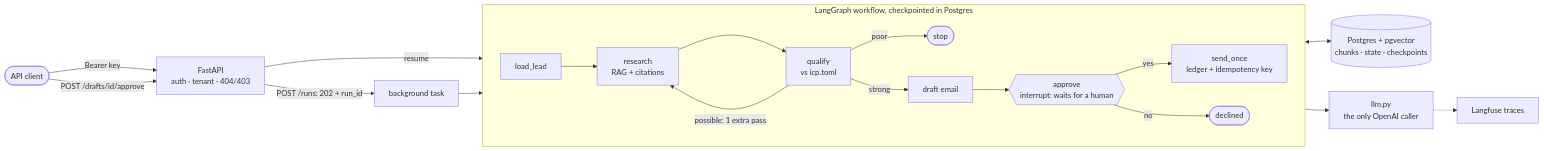
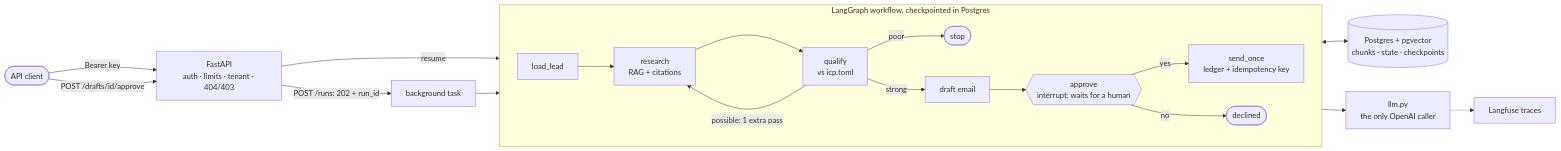
One commit to amrupapz/research-assistant changed the diagram in README.md. Above: the diagram before and after it, drawn with Mermaid. The commit also changed other lines of this file and 15 other files, not shown here.

Commit message:
D7 M3: per-key rate limit, runs/day + daily token budget per tenant (429 + Retry-After before any model call), usage metered in llm.py, demo 4

````diff
--- a/README.md
+++ b/README.md
@@ -17,25 +17,25 @@
 ```mermaid
 flowchart LR
-    client([API client]) -->|Bearer key| api[FastAPI<br/>auth · tenant · 404/403]
+    client([API client]) -->|Bearer key| api[FastAPI<br/>auth · limits · tenant · 404/403]
     api -->|POST /runs: 202 + run_id| bg[background task]
     bg --> flow
 
     subgraph flow [LangGraph workflow, checkpointed in Postgres]
         direction LR
         load[load_lead] --> research[research<br/>RAG + citations]
         research --> qualify[qualify<br/>vs icp.toml]
         qualify -->|possible: 1 extra pass| research
         qualify -->|poor| stop([stop])
         qualify -->|strong| draft[draft email]
         draft --> approve{{approve<br/>interrupt: waits for a human}}
         approve -->|yes| send[send_once<br/>ledger + idempotency key]
         approve -->|no| done([declined])
     end
 
     client -->|POST /drafts/id/approve| api
     api -->|resume| approve
 
     research <--> pg[(Postgres + pgvector<br/>chunks · state · checkpoints)]
     research --> llm[llm.py<br/>the only OpenAI caller]
     llm -.-> lf[Langfuse traces]
 ```
````
